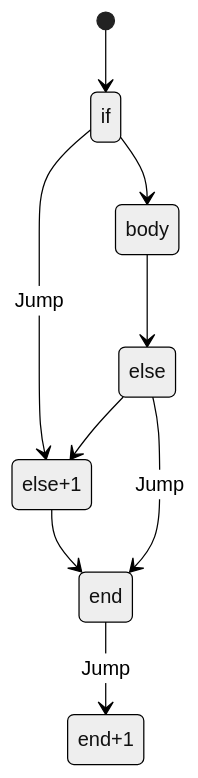
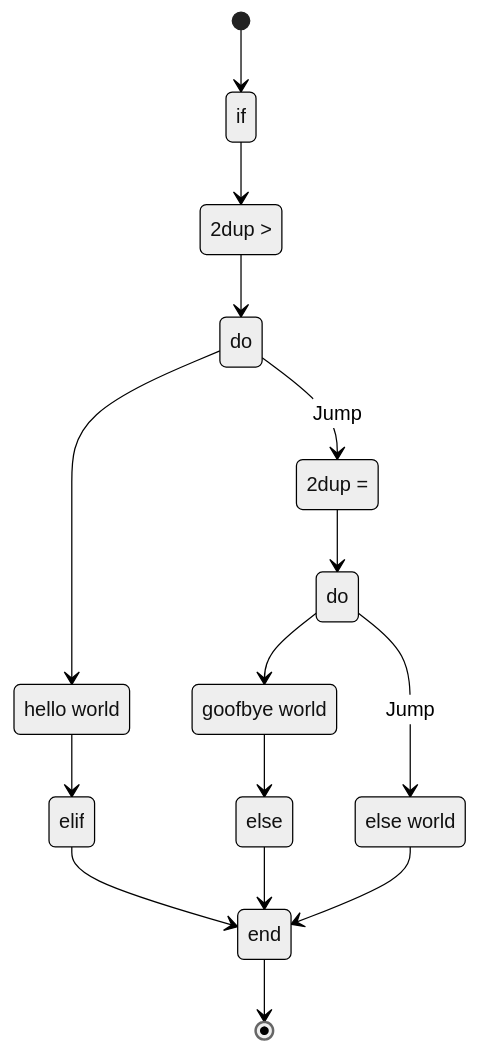
Before and after one commit to sneaky-potato/goof: the first of 2 diagrams in CONTROL-FLOW.md, drawn with Mermaid (neutral theme). The commit also changed other lines of this file and 1 other file, not shown here.

Commit message:
Refactor control flow

````diff
--- a/CONTROL-FLOW.md
+++ b/CONTROL-FLOW.md
@@ -14,11 +16,24 @@
 ```mermaid
 stateDiagram
+    state "2dup >" as ifCondition
+    state "do" as ifDo
+    state "hello world" as ifBody
+    state "2dup =" as elifCondition
+    state "do" as elifDo
+    state "goofbye world" as elifBody
+    state "else world" as elseBody
     [*] --> if
-    if --> else+1: Jump
-    if --> body
-    body --> else
-    else --> else+1
-    else+1 --> end
-    else --> end: Jump
-    end --> end+1: Jump
+    if --> ifCondition
+    ifCondition --> ifDo
+    ifDo --> elifCondition: Jump
+    ifDo --> ifBody
+    ifBody --> elif
+    elifCondition --> elifDo
+    elifDo --> elseBody: Jump
+    elifDo --> elifBody
+    elifBody --> else
+    elif --> end
+    else --> end
+    elseBody --> end
+    end --> [*]
 ```
````
